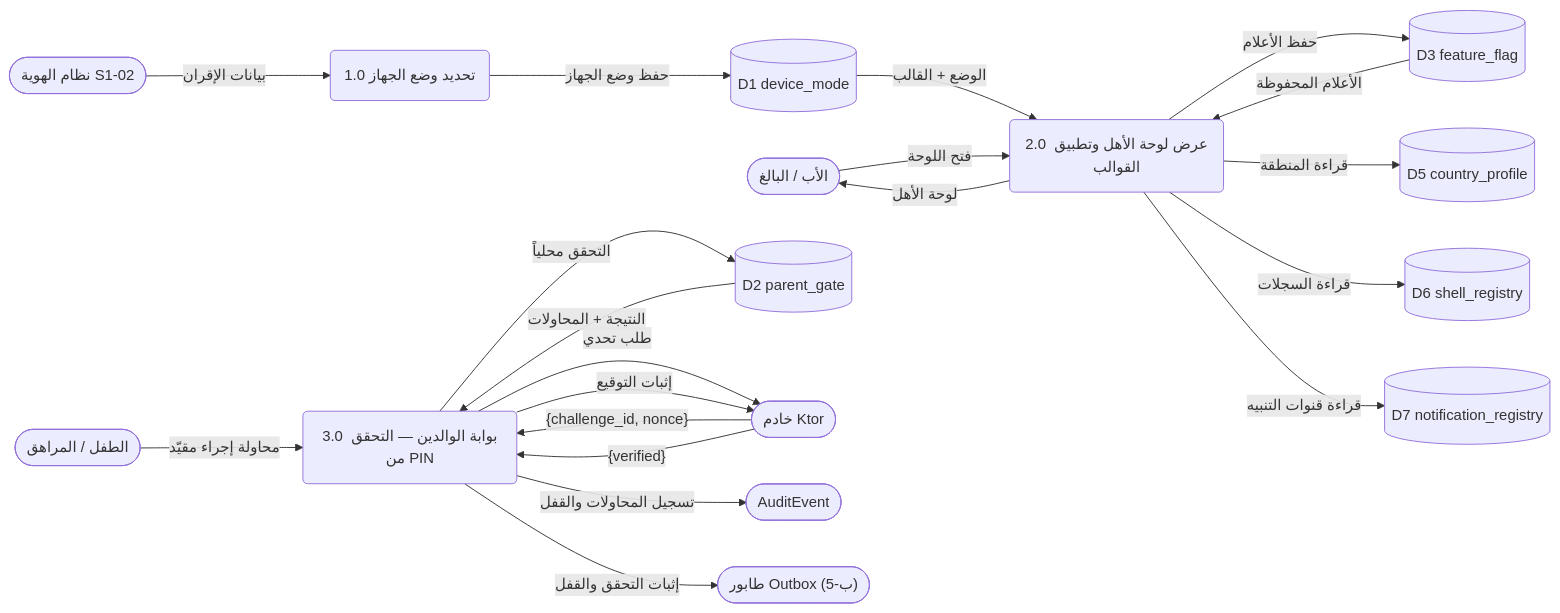
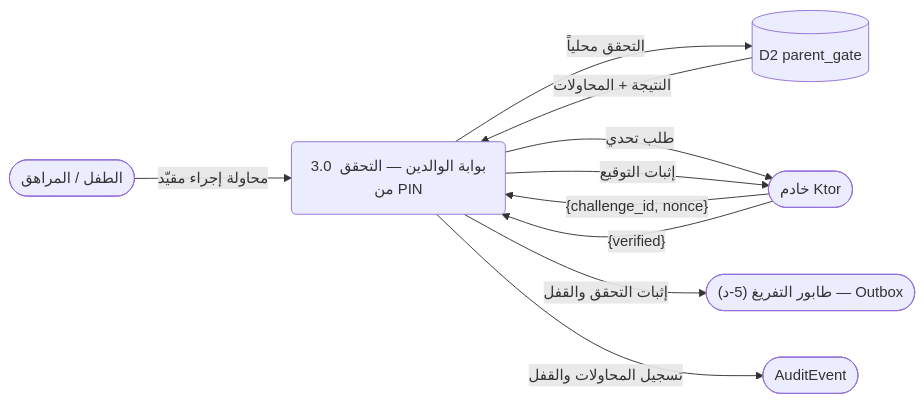
Before and after one commit to Bassam-mohammed-alqaeadi/family-os-v2: diagram 18 of 26 in docs/family-os/governance/phases/phase-1/S1-01-app-shell-and-platform/DIAGRAMS.md, drawn with Mermaid. The commit also changed other lines of this file, not shown here.

````diff
--- a/docs/family-os/governance/phases/phase-1/S1-01-app-shell-and-platform/DIAGRAMS.md
+++ b/docs/family-os/governance/phases/phase-1/S1-01-app-shell-and-platform/DIAGRAMS.md
@@ -567,38 +629,19 @@
 ```mermaid
 flowchart LR
-    Father([الأب / البالغ])
     Child([الطفل / المراهق])
-    S102([نظام الهوية S1-02])
-    P1(1.0 تحديد وضع الجهاز)
-    P2(2.0 عرض لوحة الأهل وتطبيق القوالب)
     P3(3.0 بوابة الوالدين — التحقق من PIN)
-    D1[(D1 device_mode)]
     D2[(D2 parent_gate)]
-    D3[(D3 feature_flag)]
-    D5[(D5 country_profile)]
-    D6[(D6 shell_registry)]
-    D7[(D7 notification_registry)]
     Ktor([خادم Ktor])
     Audit([AuditEvent])
-    OB(["طابور Outbox (5-ب)"])
+    OBx(["طابور التفريغ (5-د) — Outbox"])
 
-    S102 -->|بيانات الإقران| P1
-    P1 -->|حفظ وضع الجهاز| D1
-    D1 -->|الوضع + القالب| P2
-    Father -->|فتح اللوحة| P2
-    P2 -->|حفظ الأعلام| D3
-    D3 -->|الأعلام المحفوظة| P2
-    P2 -->|قراءة المنطقة| D5
-    P2 -->|قراءة السجلات| D6
-    P2 -->|قراءة قنوات التنبيه| D7
-    P2 -->|لوحة الأهل| Father
     Child -->|محاولة إجراء مقيّد| P3
     P3 -->|التحقق محلياً| D2
     D2 -->|النتيجة + المحاولات| P3
     P3 -->|طلب تحدي| Ktor
     Ktor -->|"{challenge_id, nonce}"| P3
     P3 -->|إثبات التوقيع| Ktor
     Ktor -->|"{verified}"| P3
-    P3 -->|إثبات التحقق والقفل| OB
+    P3 -->|إثبات التحقق والقفل| OBx
     P3 -->|تسجيل المحاولات والقفل| Audit
 ```
````
